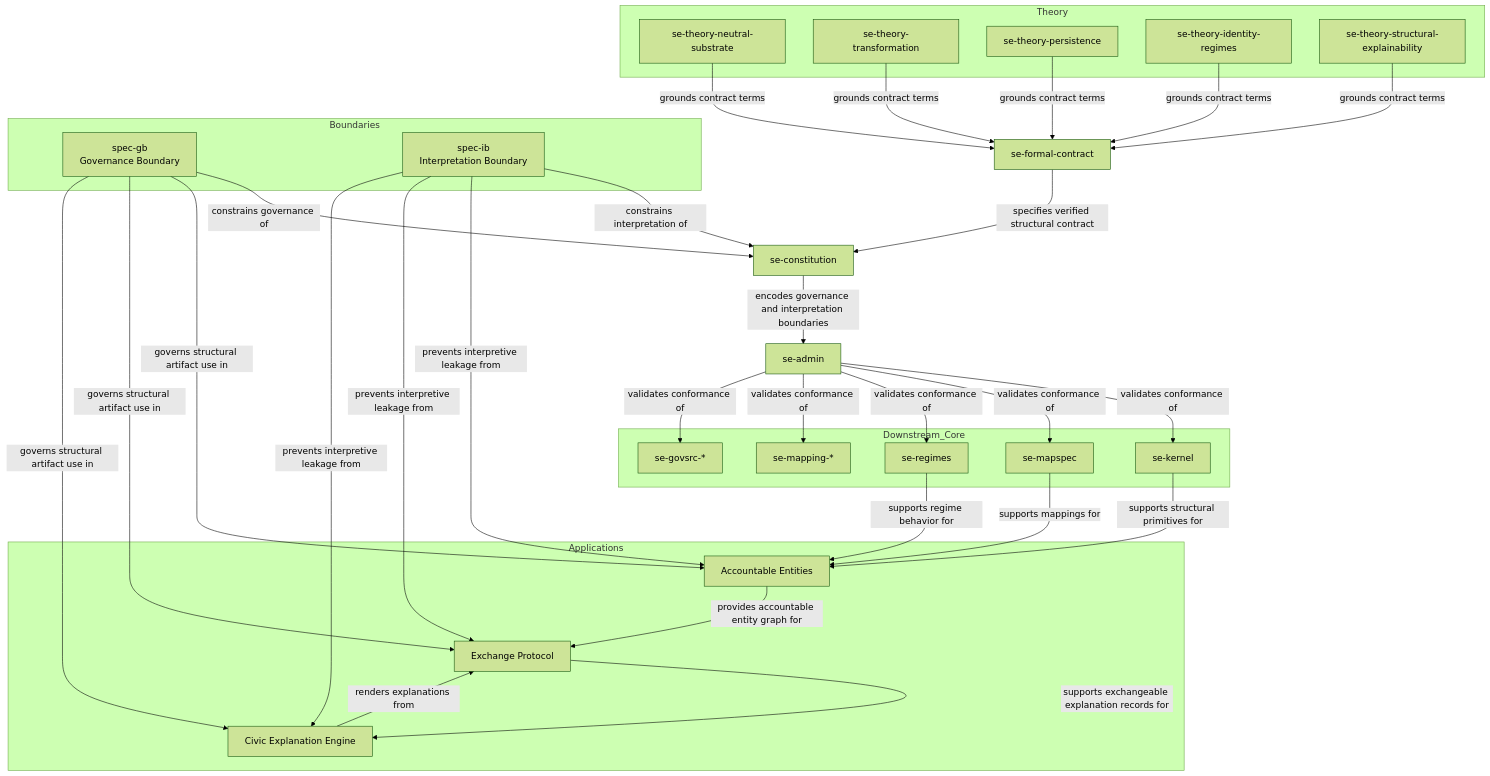
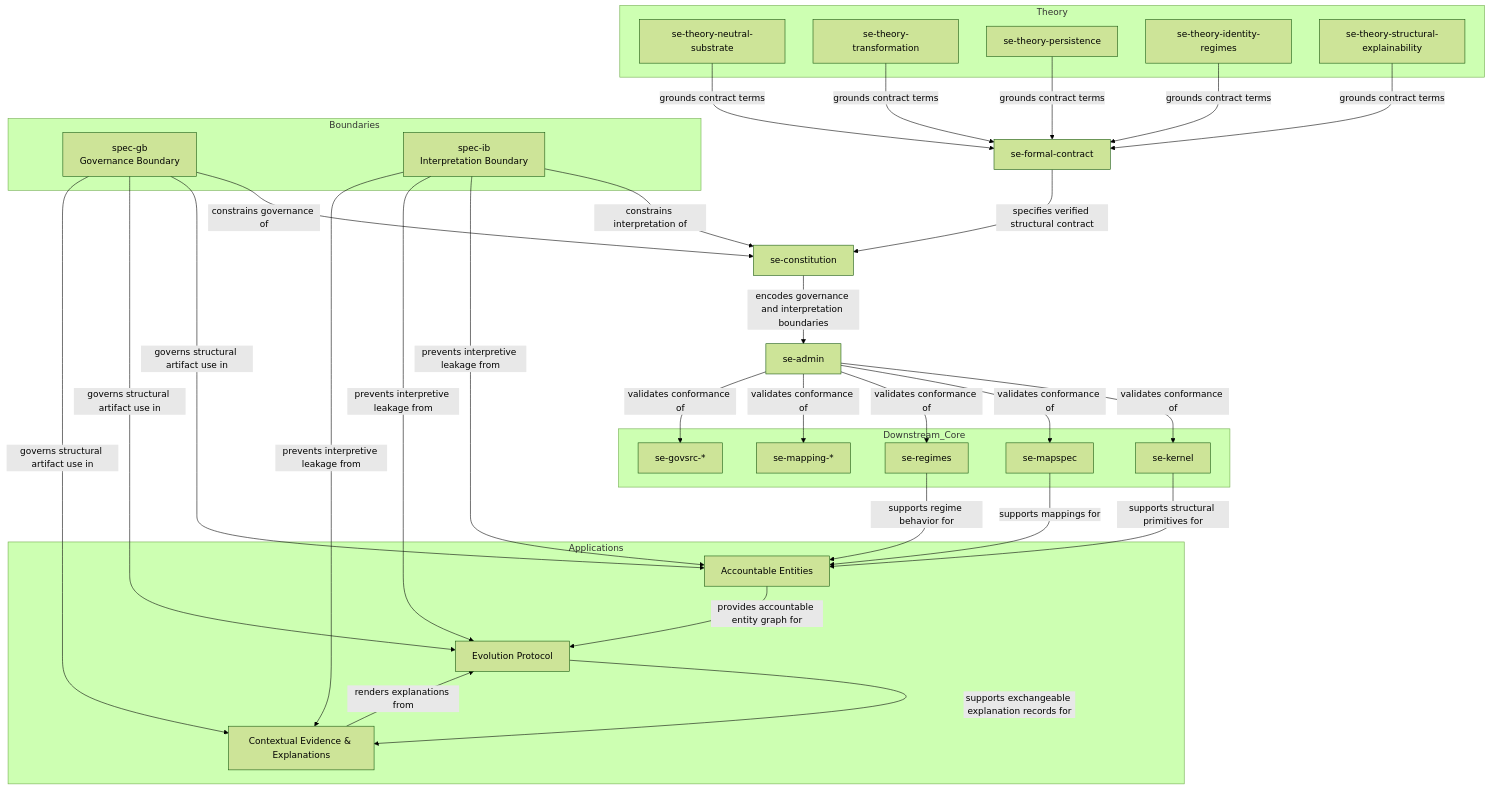
Before and after one commit to structural-explainability/.github: the diagram in profile/README.md, drawn with Mermaid (forest theme). The commit also changed other lines of this file, not shown here.

````diff
--- a/profile/README.md
+++ b/profile/README.md
@@ -156,72 +218,72 @@
 ```mermaid
 flowchart TD
 
   %% --- Theory Layer ---
   subgraph Theory
       NS[se-theory-neutral-substrate]
       TR[se-theory-transformation]
       PE[se-theory-persistence]
       IR[se-theory-identity-regimes]
       SE[se-theory-structural-explainability]
   end
 
   %% --- Boundary Specs ---
   subgraph Boundaries
       GB[spec-gb<br/>Governance Boundary]
       IB[spec-ib<br/>Interpretation Boundary]
   end
 
   %% --- Contract / Governance ---
   FC[se-formal-contract]
   C[se-constitution]
   A[se-admin]
 
   %% --- Downstream Core ---
   subgraph Downstream_Core
       K[se-kernel]
       M[se-mapspec]
       R[se-regimes]
       MAP[se-mapping-*]
       GOV[se-govsrc-*]
   end
 
   %% --- Applications ---
   subgraph Applications
       AE[Accountable Entities]
-      EP[Exchange Protocol]
-      CEE[Civic Explanation Engine]
+      EP[Evolution Protocol]
+      CEE[Contextual Evidence & Explanations]
   end
 
   NS -->|grounds contract terms| FC
   TR -->|grounds contract terms| FC
   PE -->|grounds contract terms| FC
   IR -->|grounds contract terms| FC
   SE -->|grounds contract terms| FC
 
   GB -->|constrains governance of| C
   IB -->|constrains interpretation of| C
 
   FC -->|specifies verified structural contract| C
   C -->|encodes governance and interpretation boundaries| A
 
   A -->|validates conformance of| K
   A -->|validates conformance of| M
   A -->|validates conformance of| R
   A -->|validates conformance of| MAP
   A -->|validates conformance of| GOV
 
   K -->|supports structural primitives for| AE
   M -->|supports mappings for| AE
   R -->|supports regime behavior for| AE
 
   AE -->|provides accountable entity graph for| EP
   EP -->|supports exchangeable explanation records for| CEE
   CEE -->|renders explanations from| EP
 
   IB -->|prevents interpretive leakage from| AE
   IB -->|prevents interpretive leakage from| EP
   IB -->|prevents interpretive leakage from| CEE
   GB -->|governs structural artifact use in| AE
   GB -->|governs structural artifact use in| EP
   GB -->|governs structural artifact use in| CEE
 ```
````
